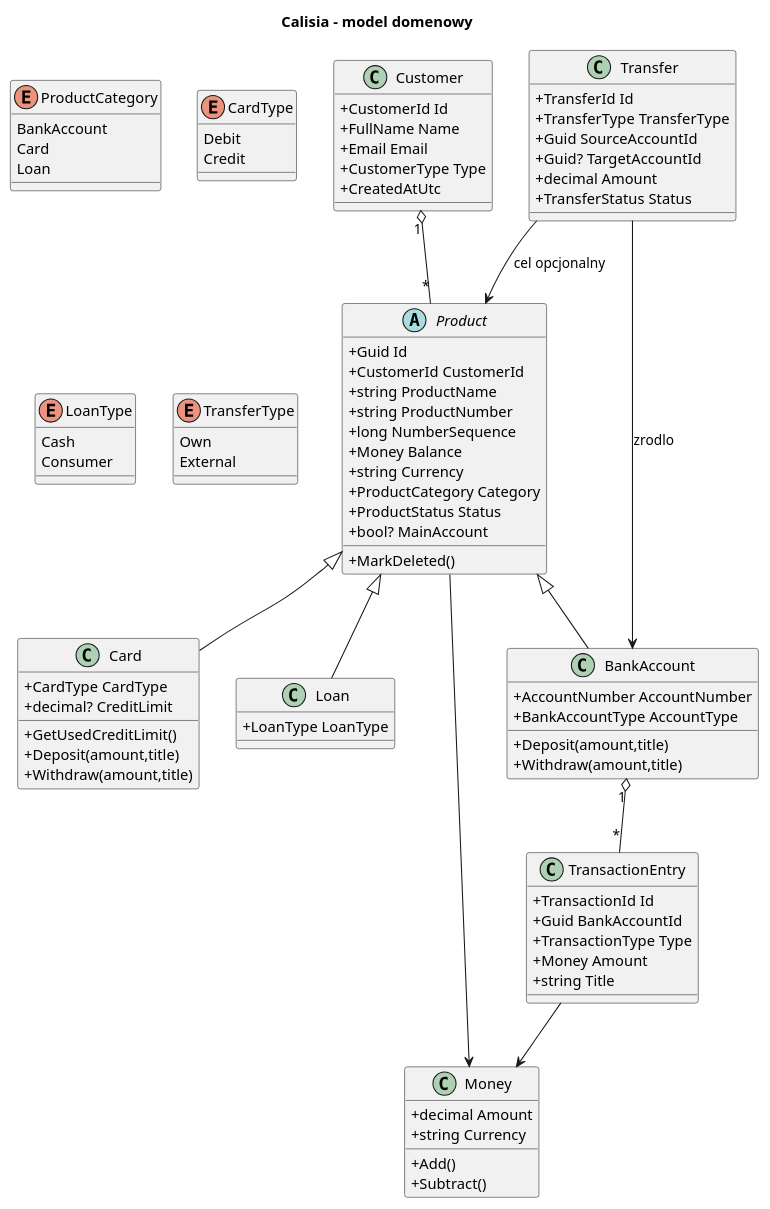
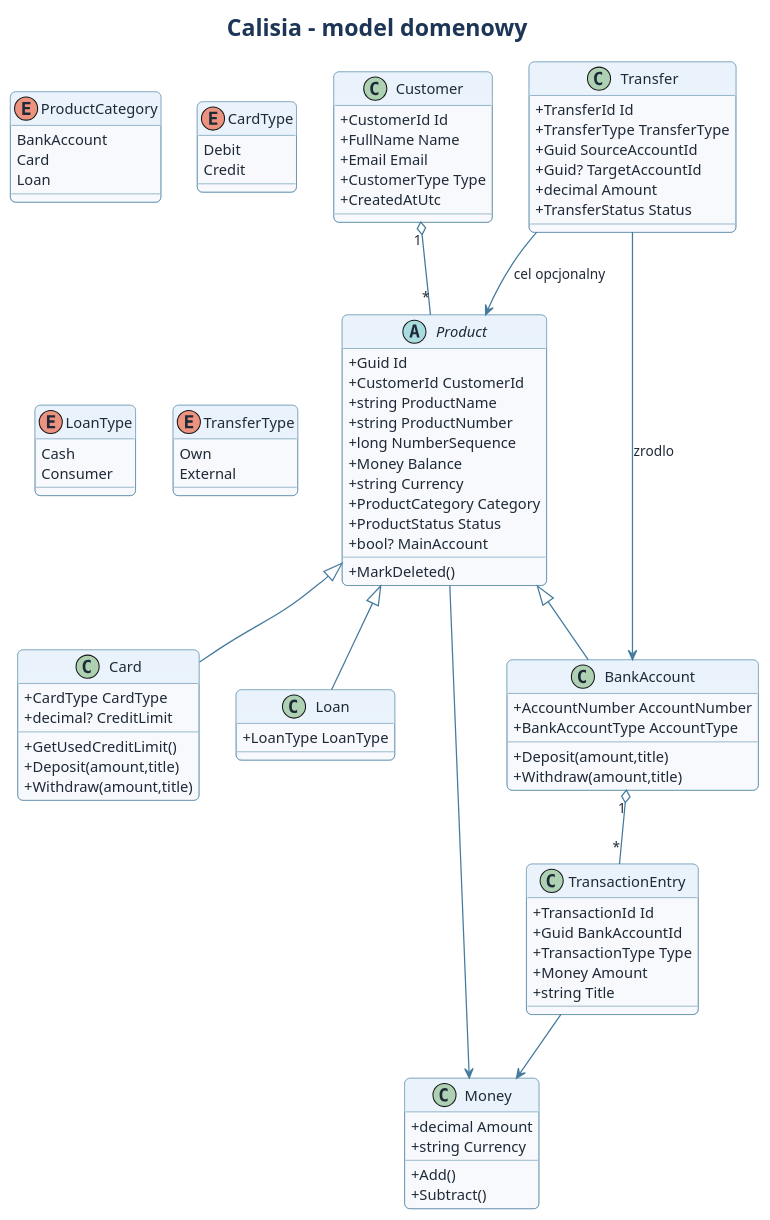
One commit to jwolczko/Application-team-project changed the diagram in docs/uml/03_model_domenowy.puml. Above: the diagram before and after it, drawn with PlantUML. The commit also changed 23 other files, not shown here.

```diff
--- a/docs/uml/03_model_domenowy.puml
+++ b/docs/uml/03_model_domenowy.puml
@@ -1,98 +1,116 @@
 @startuml
 title Calisia - model domenowy
 skinparam shadowing false
 skinparam classAttributeIconSize 0
+skinparam backgroundColor #FFFFFF
+skinparam defaultFontName Arial
+skinparam defaultFontColor #1F2937
+skinparam ArrowColor #457B9D
+skinparam ArrowThickness 1.2
+skinparam RoundCorner 10
+skinparam titleFontColor #1D3557
+skinparam titleFontSize 22
+skinparam class {
+  BackgroundColor #F7F9FC
+  BorderColor #457B9D
+  HeaderBackgroundColor #EAF3FB
+  FontColor #1F2937
+}
+skinparam enum {
+  BackgroundColor #FFF4D6
+  BorderColor #C48A2C
+}
 
 class Customer {
   +CustomerId Id
   +FullName Name
   +Email Email
   +CustomerType Type
   +CreatedAtUtc
 }
 
 abstract class Product {
   +Guid Id
   +CustomerId CustomerId
   +string ProductName
   +string ProductNumber
   +long NumberSequence
   +Money Balance
   +string Currency
   +ProductCategory Category
   +ProductStatus Status
   +bool? MainAccount
   +MarkDeleted()
 }
 
 class BankAccount {
   +AccountNumber AccountNumber
   +BankAccountType AccountType
   +Deposit(amount,title)
   +Withdraw(amount,title)
 }
 
 class Card {
   +CardType CardType
   +decimal? CreditLimit
   +GetUsedCreditLimit()
   +Deposit(amount,title)
   +Withdraw(amount,title)
 }
 
 class Loan {
   +LoanType LoanType
 }
 
 class Transfer {
   +TransferId Id
   +TransferType TransferType
   +Guid SourceAccountId
   +Guid? TargetAccountId
   +decimal Amount
   +TransferStatus Status
 }
 
 class TransactionEntry {
   +TransactionId Id
   +Guid BankAccountId
   +TransactionType Type
   +Money Amount
   +string Title
 }
 
 class Money {
   +decimal Amount
   +string Currency
   +Add()
   +Subtract()
 }
 
 Customer "1" o-- "*" Product
 Product <|-- BankAccount
 Product <|-- Card
 Product <|-- Loan
 BankAccount "1" o-- "*" TransactionEntry
 Transfer --> BankAccount : zrodlo
 Transfer --> Product : cel opcjonalny
 Product --> Money
 TransactionEntry --> Money
 
 enum ProductCategory {
   BankAccount
   Card
   Loan
 }
 enum CardType {
   Debit
   Credit
 }
 enum LoanType {
   Cash
   Consumer
 }
 enum TransferType {
   Own
   External
 }
 @enduml
```
